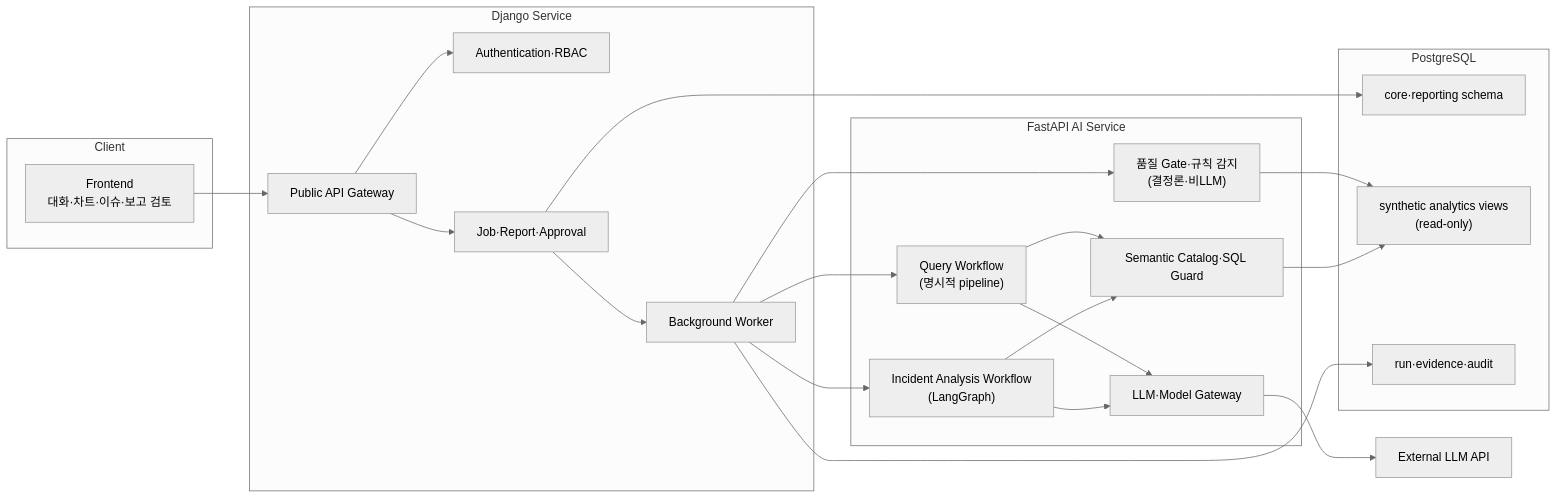
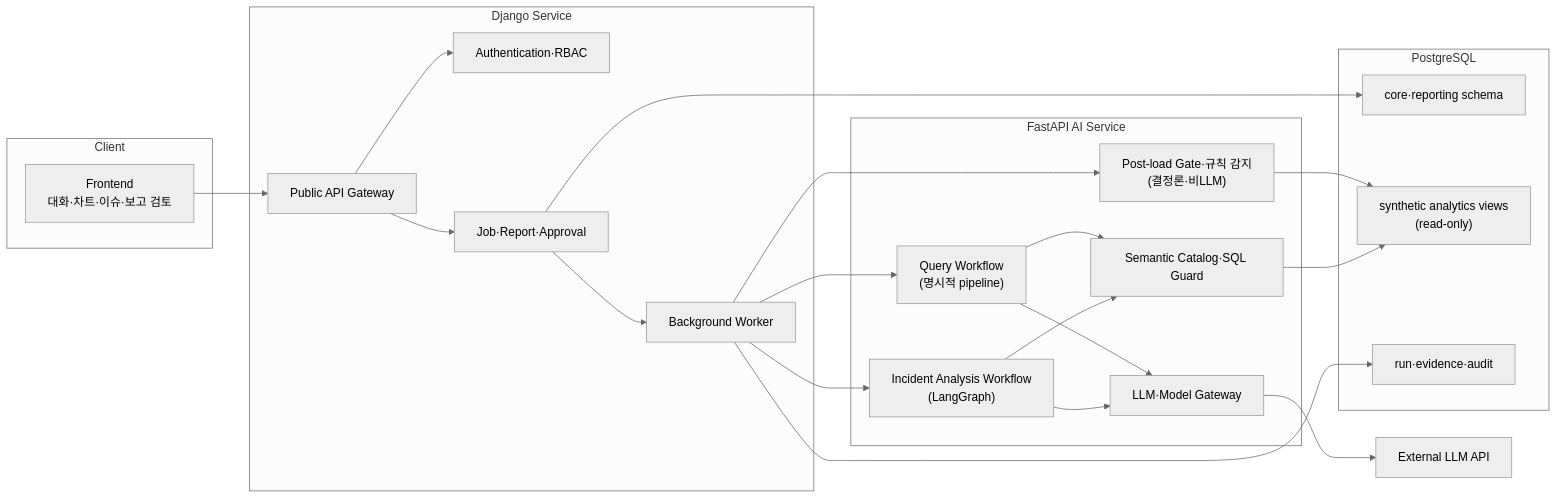
The sixth of 8 diagrams in docs/markdown/SensePlace_기획서_초안.md (hijun318-eng/skn29_final_3team), drawn with Mermaid (neutral theme) before and after one commit. The commit also changed other lines of this file and 5 other files, not shown here.

````diff
--- a/docs/markdown/SensePlace_기획서_초안.md
+++ b/docs/markdown/SensePlace_기획서_초안.md
@@ -357,46 +358,46 @@
 ```mermaid
 flowchart LR
     subgraph CLIENT["Client"]
         UI["Frontend<br/>대화·차트·이슈·보고 검토"]
     end
 
     subgraph DJANGO["Django Service"]
         GATE["Public API Gateway"]
         AUTH["Authentication·RBAC"]
         JOB["Job·Report·Approval"]
         WORKER["Background Worker"]
     end
 
     subgraph FASTAPI["FastAPI AI Service"]
-        DQ["품질 Gate·규칙 감지<br/>(결정론·비LLM)"]
+        DQ["Post-load Gate·규칙 감지<br/>(결정론·비LLM)"]
         QUERY["Query Workflow<br/>(명시적 pipeline)"]
         INCIDENT["Incident Analysis Workflow<br/>(LangGraph)"]
         GUARD["Semantic Catalog·SQL Guard"]
         MODEL["LLM·Model Gateway"]
     end
 
     subgraph POSTGRES["PostgreSQL"]
         CORE["core·reporting schema"]
         ANALYTICS["synthetic analytics views<br/>(read-only)"]
         AUDIT["run·evidence·audit"]
     end
 
     EXT["External LLM API"]
 
     UI --> GATE
     GATE --> AUTH
     GATE --> JOB
     JOB --> CORE
     JOB --> WORKER
     WORKER --> DQ
     WORKER --> QUERY
     WORKER --> INCIDENT
     DQ --> ANALYTICS
     QUERY --> GUARD
     INCIDENT --> GUARD
     GUARD --> ANALYTICS
     QUERY --> MODEL
     INCIDENT --> MODEL
     MODEL --> EXT
     WORKER --> AUDIT
 ```
````
